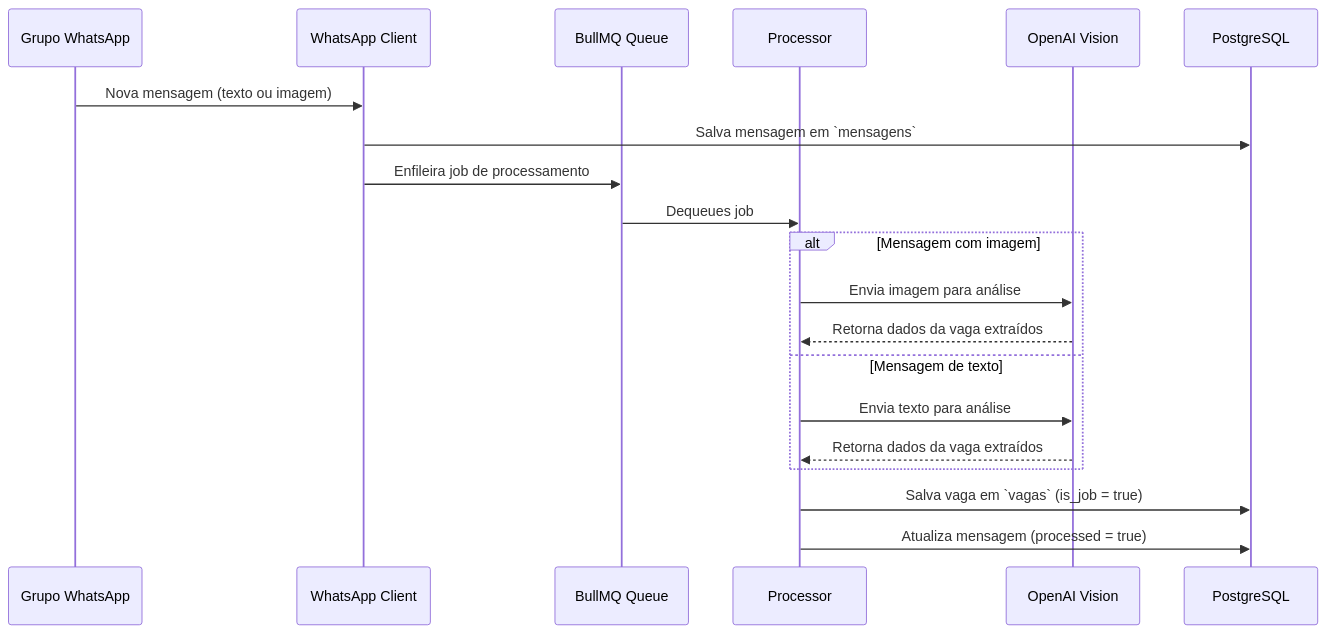
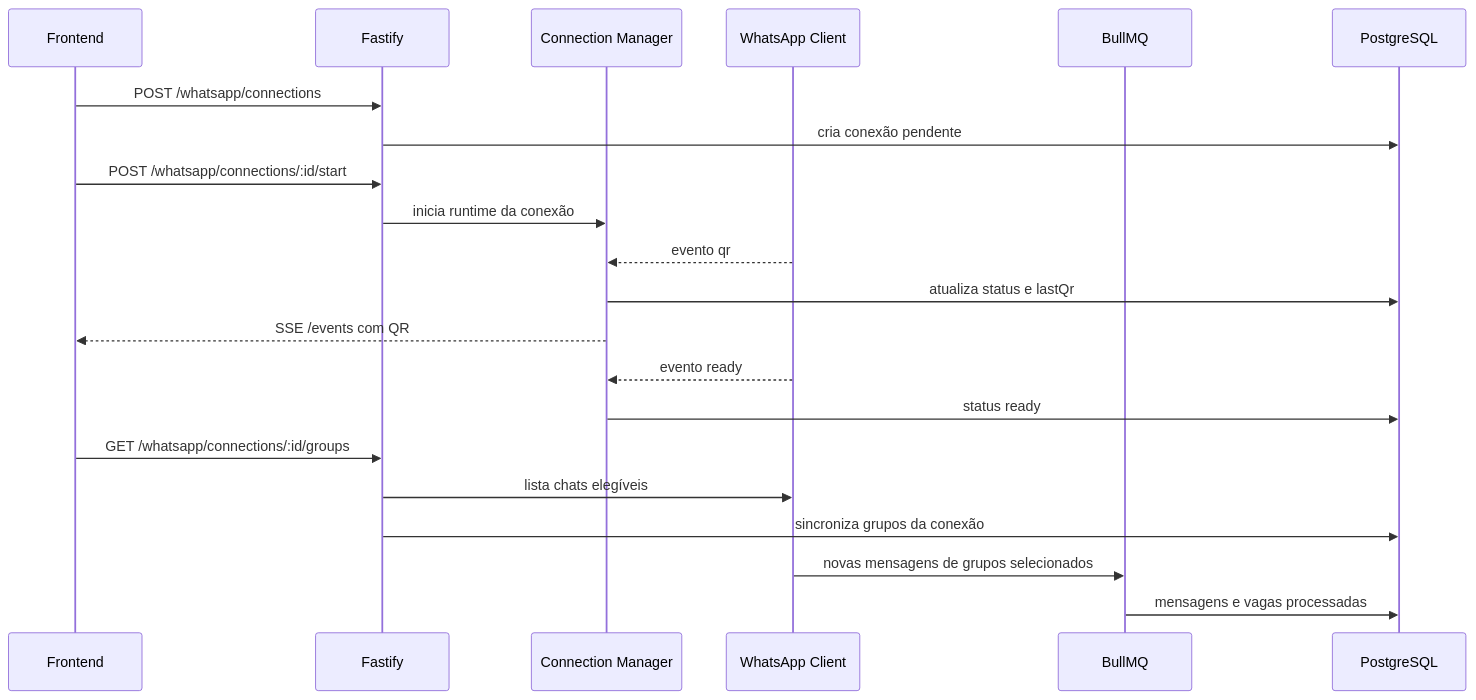
The third of 4 diagrams in README.md (carlosribeiro25/automacao-vagas-whatsapp), drawn with Mermaid before and after one commit. The commit also changed other lines of this file, not shown here.

````diff
--- a/README.md
+++ b/README.md
@@ -46,23 +88,24 @@
 ```mermaid
 sequenceDiagram
-    participant G as Grupo WhatsApp
-    participant C as WhatsApp Client
-    participant Q as BullMQ Queue
-    participant P as Processor
-    participant AI as OpenAI Vision
+    participant FE as Frontend
+    participant API as Fastify
+    participant WM as Connection Manager
+    participant WA as WhatsApp Client
+    participant Q as BullMQ
     participant DB as PostgreSQL
 
-    G->>C: Nova mensagem (texto ou imagem)
-    C->>DB: Salva mensagem em `mensagens`
-    C->>Q: Enfileira job de processamento
-    Q->>P: Dequeues job
-    alt Mensagem com imagem
-        P->>AI: Envia imagem para análise
-        AI-->>P: Retorna dados da vaga extraídos
-    else Mensagem de texto
-        P->>AI: Envia texto para análise
-        AI-->>P: Retorna dados da vaga extraídos
-    end
-    P->>DB: Salva vaga em `vagas` (is_job = true)
-    P->>DB: Atualiza mensagem (processed = true)
+    FE->>API: POST /whatsapp/connections
+    API->>DB: cria conexão pendente
+    FE->>API: POST /whatsapp/connections/:id/start
+    API->>WM: inicia runtime da conexão
+    WA-->>WM: evento qr
+    WM->>DB: atualiza status e lastQr
+    WM-->>FE: SSE /events com QR
+    WA-->>WM: evento ready
+    WM->>DB: status ready
+    FE->>API: GET /whatsapp/connections/:id/groups
+    API->>WA: lista chats elegíveis
+    API->>DB: sincroniza grupos da conexão
+    WA->>Q: novas mensagens de grupos selecionados
+    Q->>DB: mensagens e vagas processadas
 ```
````
